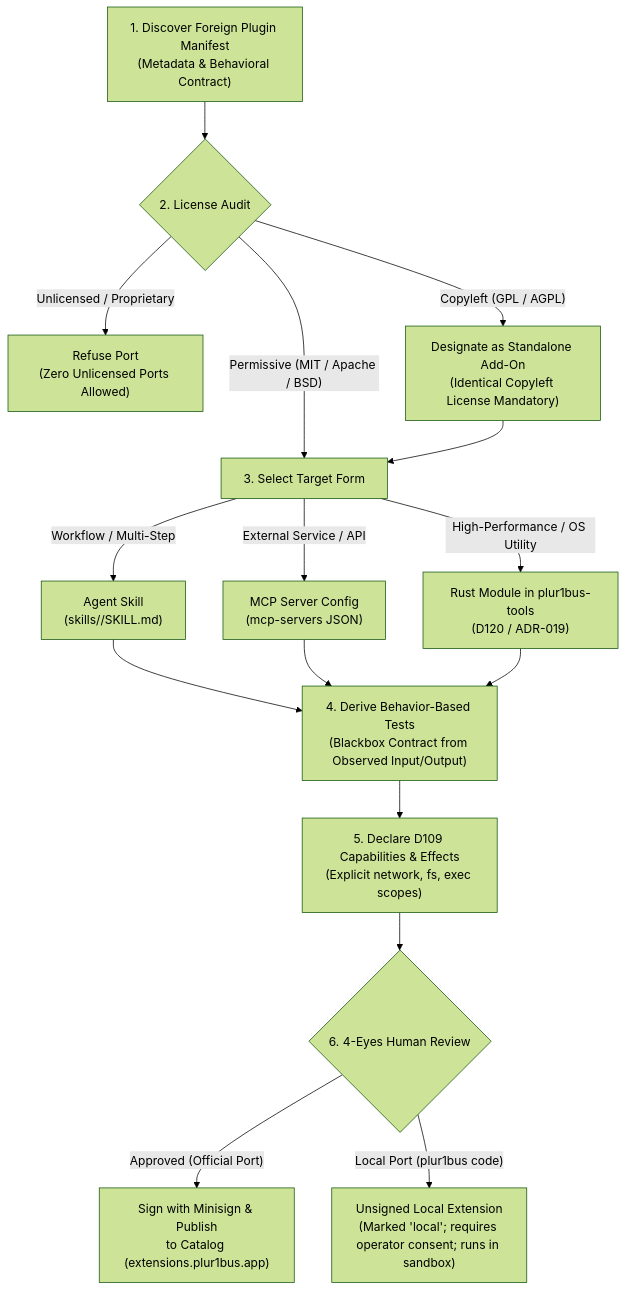
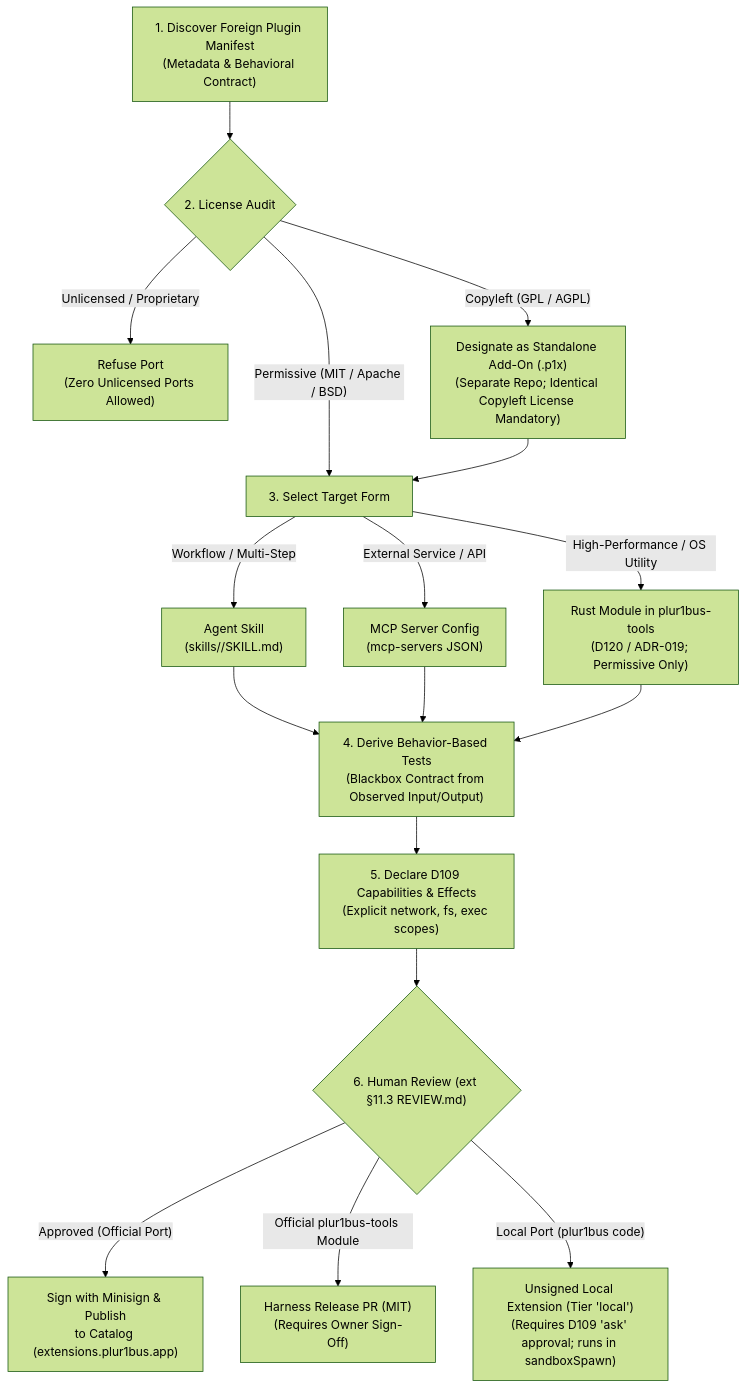
Before and after one commit to Cyb3rb1ade/PLUR1BUS-Harness: the third of 3 diagrams in docs/superpowers/specs/2026-10-27-profile-import-and-plugin-compat-design.md, drawn with Mermaid (forest theme). The commit also changed other lines of this file and 5 other files, not shown here.

````diff
--- a/docs/superpowers/specs/2026-10-27-profile-import-and-plugin-compat-design.md
+++ b/docs/superpowers/specs/2026-10-27-profile-import-and-plugin-compat-design.md
@@ -265,18 +269,19 @@
 ```mermaid
 flowchart TD
     Discover["1. Discover Foreign Plugin Manifest\n(Metadata & Behavioral Contract)"] --> License{"2. License Audit"}
     License -- "Unlicensed / Proprietary" --> RejectLicense["Refuse Port\n(Zero Unlicensed Ports Allowed)"]
-    License -- "Copyleft (GPL / AGPL)" --> CopyleftPkg["Designate as Standalone Add-On\n(Identical Copyleft License Mandatory)"]
+    License -- "Copyleft (GPL / AGPL)" --> CopyleftPkg["Designate as Standalone Add-On (.p1x)\n(Separate Repo; Identical Copyleft License Mandatory)"]
     License -- "Permissive (MIT / Apache / BSD)" --> ChooseForm["3. Select Target Form"]
     CopyleftPkg --> ChooseForm
     ChooseForm -- "Workflow / Multi-Step" --> SkillForm["Agent Skill\n(skills/<id>/SKILL.md)"]
     ChooseForm -- "External Service / API" --> McpForm["MCP Server Config\n(mcp-servers JSON)"]
-    ChooseForm -- "High-Performance / OS Utility" --> ToolForm["Rust Module in plur1bus-tools\n(D120 / ADR-019)"]
+    ChooseForm -- "High-Performance / OS Utility" --> ToolForm["Rust Module in plur1bus-tools\n(D120 / ADR-019; Permissive Only)"]
     SkillForm --> BehaviorTests["4. Derive Behavior-Based Tests\n(Blackbox Contract from Observed Input/Output)"]
     McpForm --> BehaviorTests
     ToolForm --> BehaviorTests
     BehaviorTests --> DeclareD109["5. Declare D109 Capabilities & Effects\n(Explicit network, fs, exec scopes)"]
-    DeclareD109 --> HumanReview{"6. 4-Eyes Human Review"}
+    DeclareD109 --> HumanReview{"6. Human Review (ext §11.3 REVIEW.md)"}
     HumanReview -- "Approved (Official Port)" --> SignedCatalog["Sign with Minisign & Publish\nto Catalog (extensions.plur1bus.app)"]
-    HumanReview -- "Local Port (plur1bus code)" --> LocalSandbox["Unsigned Local Extension\n(Marked 'local'; requires operator consent; runs in sandbox)"]
+    HumanReview -- "Official plur1bus-tools Module" --> HarnessRelease["Harness Release PR (MIT)\n(Requires Owner Sign-Off)"]
+    HumanReview -- "Local Port (plur1bus code)" --> LocalSandbox["Unsigned Local Extension (Tier 'local')\n(Requires D109 'ask' approval; runs in sandboxSpawn)"]
 ```
````
